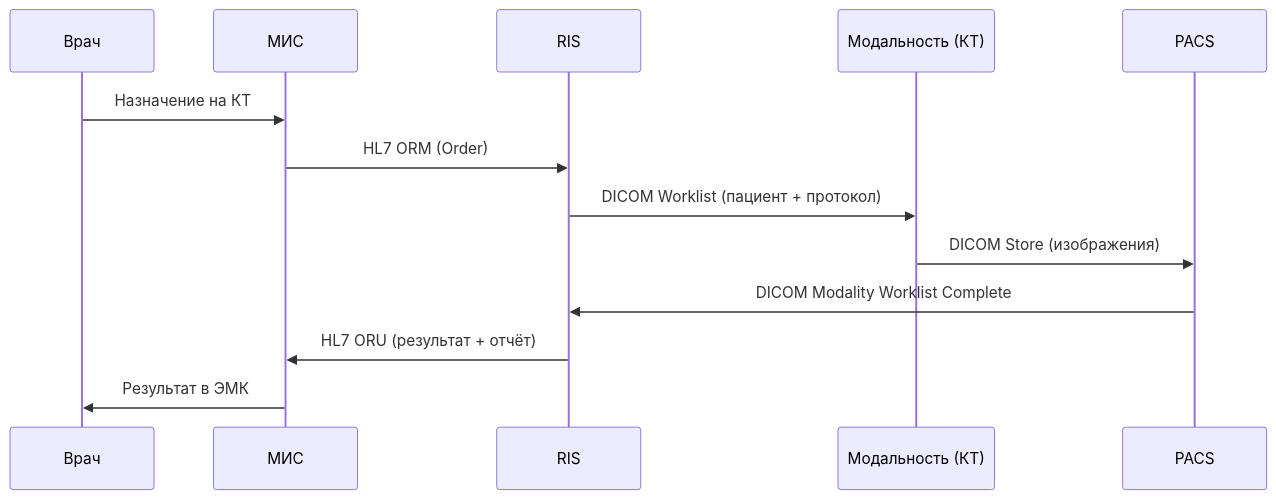
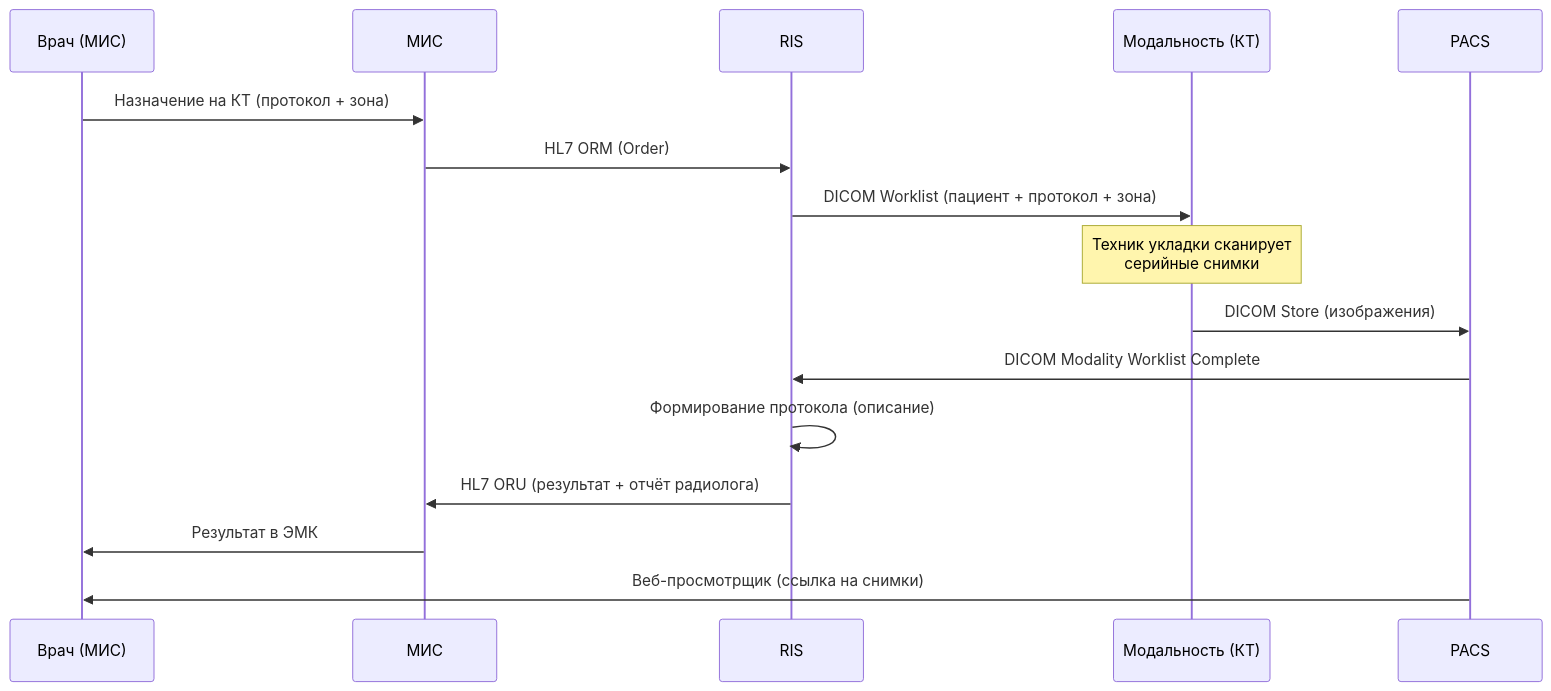
Before and after one commit to sergeyodnoval-bot/sysanalyst-kb.github.io: the third of 3 diagrams in docs/specialization/medtech-pacs.md, drawn with Mermaid. The commit also changed other lines of this file and 13 other files, not shown here.

````diff
--- a/docs/specialization/medtech-pacs.md
+++ b/docs/specialization/medtech-pacs.md
@@ -51,16 +90,19 @@
 ```mermaid
 sequenceDiagram
-    participant V as Врач
+    participant V as Врач (МИС)
     participant M as МИС
     participant R as RIS
     participant S as Модальность (КТ)
     participant P as PACS
 
-    V->>M: Назначение на КТ
+    V->>M: Назначение на КТ (протокол + зона)
     M->>R: HL7 ORM (Order)
-    R->>S: DICOM Worklist (пациент + протокол)
+    R->>S: DICOM Worklist (пациент + протокол + зона)
+    Note over S: Техник укладки сканирует<br/>серийные снимки
     S->>P: DICOM Store (изображения)
     P->>R: DICOM Modality Worklist Complete
-    R->>M: HL7 ORU (результат + отчёт)
+    R->>R: Формирование протокола (описание)
+    R->>M: HL7 ORU (результат + отчёт радиолога)
     M->>V: Результат в ЭМК
+    P->>V: Веб-просмотрщик (ссылка на снимки)
 ```
````
